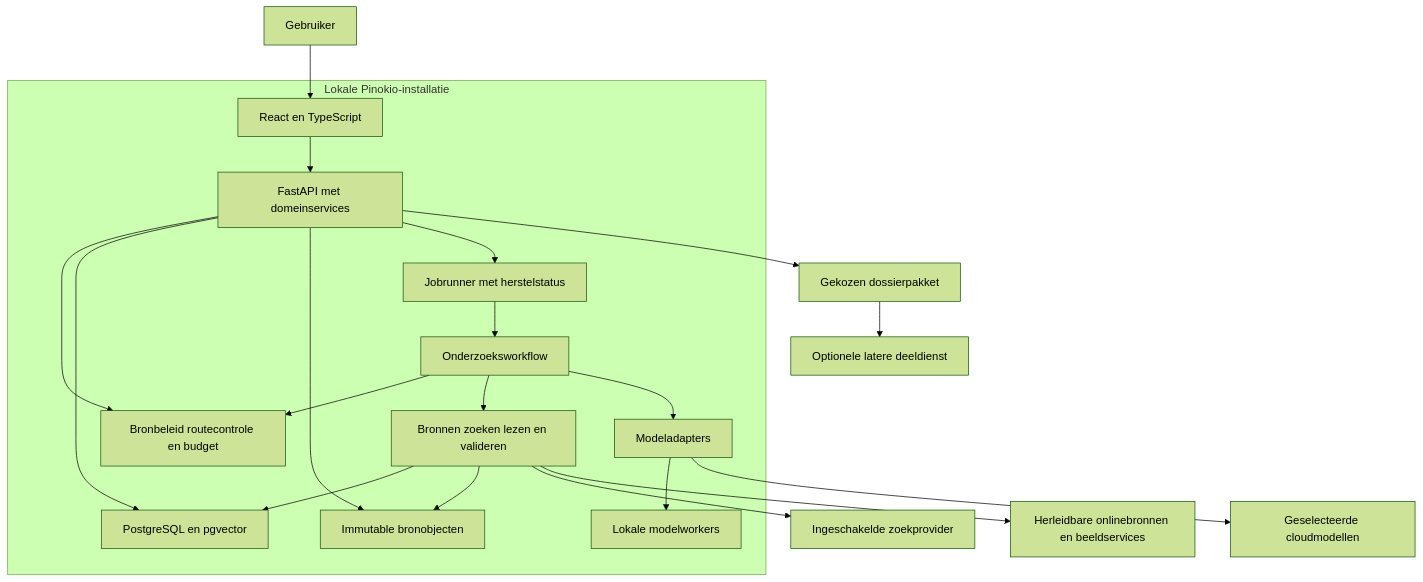
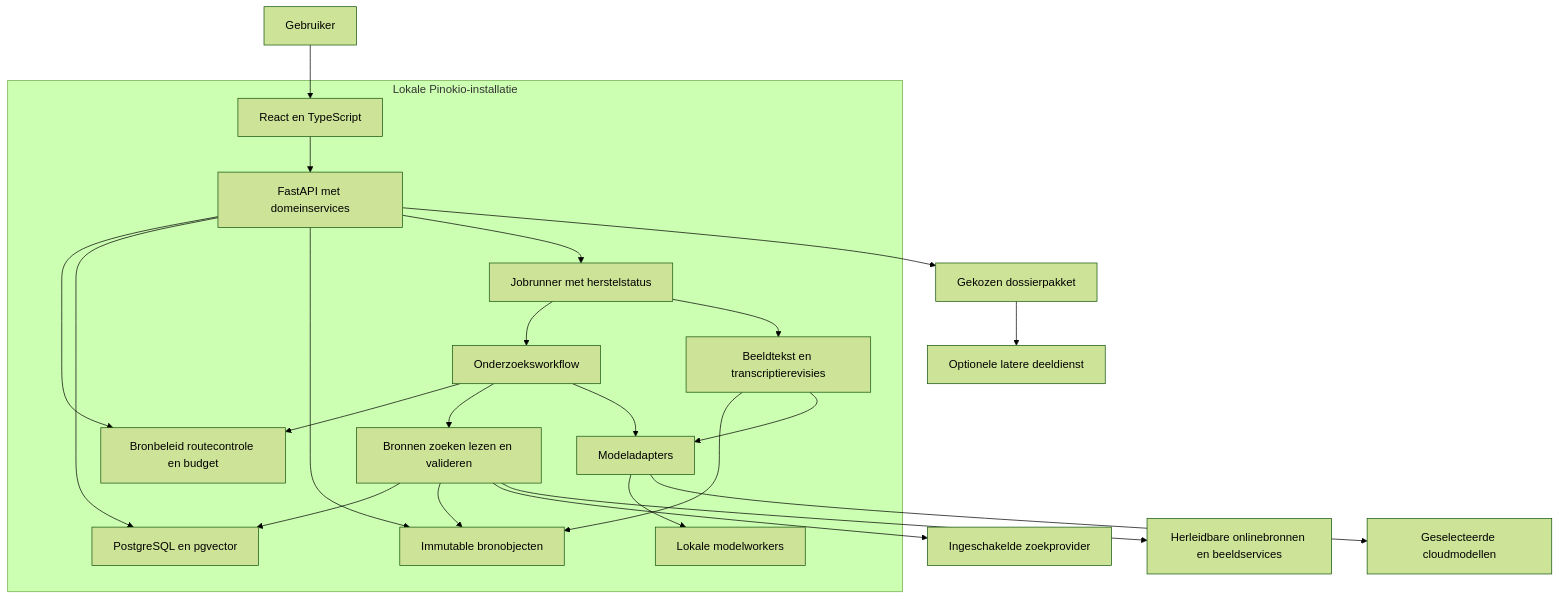
Before and after one commit to Euraika-Labs/euraika-compass: the first of 2 diagrams in architecture.md, drawn with Mermaid (forest theme). The commit also changed other lines of this file and 10 other files, not shown here.

````diff
--- a/architecture.md
+++ b/architecture.md
@@ -24,23 +24,26 @@
 ```mermaid
 flowchart TB
   U[Gebruiker] --> UI[React en TypeScript]
   subgraph Local[Lokale Pinokio-installatie]
     UI --> API[FastAPI met domeinservices]
     API --> POLICY[Bronbeleid routecontrole en budget]
     API --> PG[PostgreSQL en pgvector]
     API --> STORE[Immutable bronobjecten]
     API --> JOBS[Jobrunner met herstelstatus]
     JOBS --> FLOW[Onderzoeksworkflow]
+    JOBS --> TRANS[Beeldtekst en transcriptierevisies]
+    TRANS --> STORE
+    TRANS --> ROUTES
     FLOW --> POLICY
     FLOW --> TOOLS[Bronnen zoeken lezen en valideren]
     FLOW --> ROUTES[Modeladapters]
     ROUTES --> WORKERS[Lokale modelworkers]
     TOOLS --> PG
     TOOLS --> STORE
   end
   ROUTES --> CLOUD[Geselecteerde cloudmodellen]
   TOOLS --> WEB[Ingeschakelde zoekprovider]
   TOOLS --> INST[Herleidbare onlinebronnen en beeldservices]
   API --> EXPORT[Gekozen dossierpakket]
   EXPORT --> SHARE[Optionele latere deeldienst]
 ```
````
